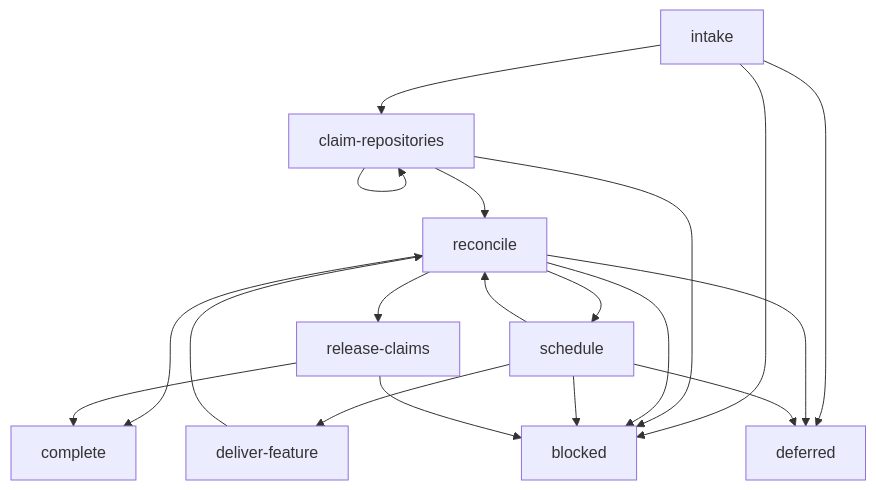
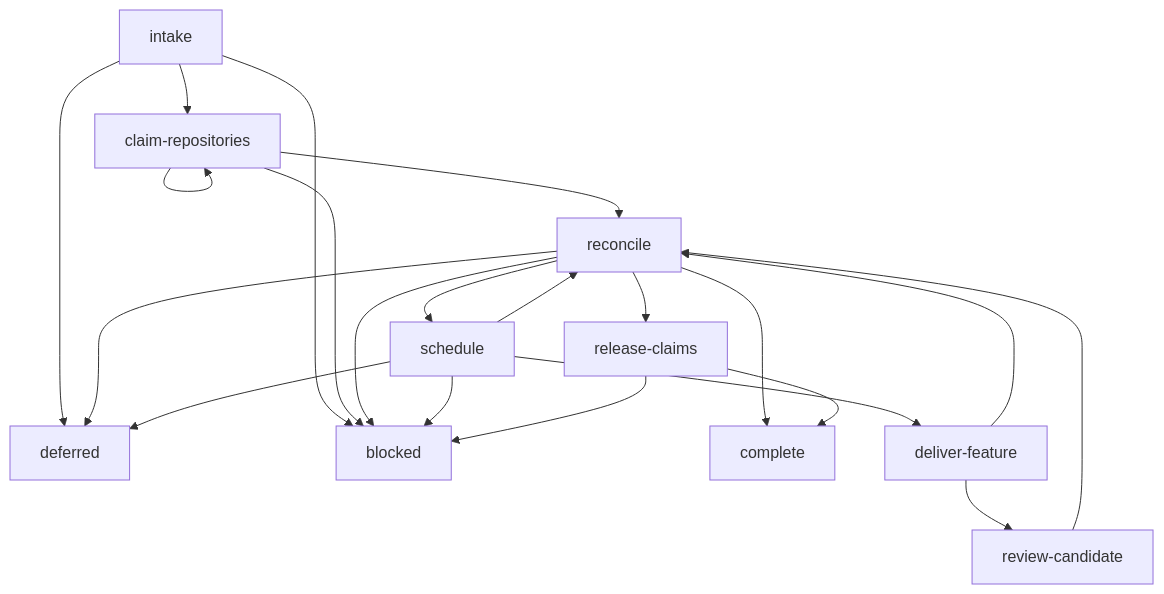
One commit to alemar11/dotagents changed the diagram in plugins/se/skills/implement/SKILL.md. Above: the diagram before and after it, drawn with Mermaid. The commit also changed other lines of this file and 12 other files, not shown here.

Commit message:
Require independent candidate review before PR publication

```diff
--- a/plugins/se/skills/implement/SKILL.md
+++ b/plugins/se/skills/implement/SKILL.md
@@ -74,21 +79,23 @@
 ~~~mermaid
 flowchart TD
     intake --> claim-repositories
     intake --> deferred
     intake --> blocked
     claim-repositories --> claim-repositories
     claim-repositories --> reconcile
     claim-repositories --> blocked
     reconcile --> schedule
     reconcile --> release-claims
     reconcile --> complete
     reconcile --> deferred
     reconcile --> blocked
     schedule --> deliver-feature
     schedule --> reconcile
     schedule --> deferred
     schedule --> blocked
+    deliver-feature --> review-candidate
     deliver-feature --> reconcile
+    review-candidate --> reconcile
     release-claims --> complete
     release-claims --> blocked
 ~~~
```
